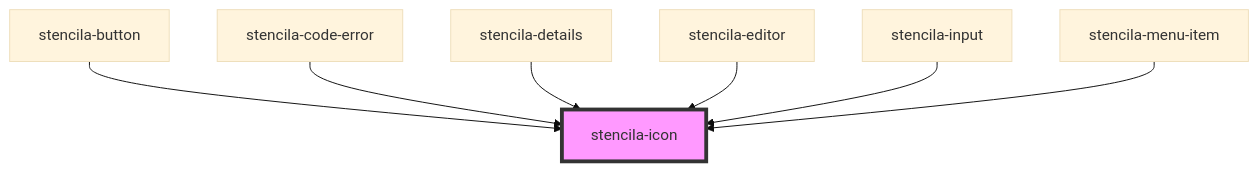
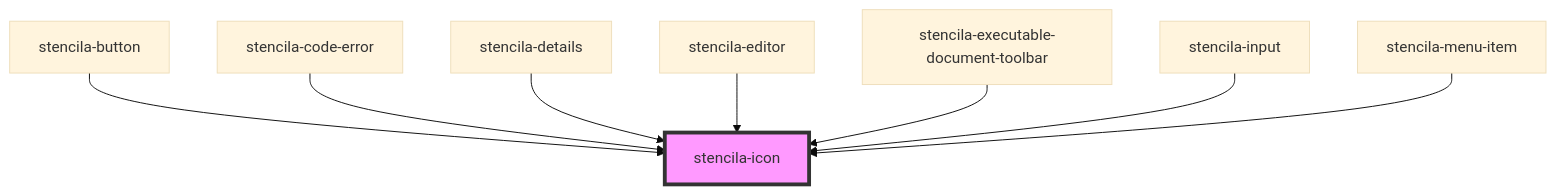
The diagram in packages/components/src/components/icon/readme.md (stencila/designa), drawn with Mermaid (base theme) before and after one commit. The commit also changed other lines of this file and 20 other files, not shown here.

````diff
--- a/packages/components/src/components/icon/readme.md
+++ b/packages/components/src/components/icon/readme.md
@@ -25,10 +26,11 @@
 ```mermaid
 graph TD;
   stencila-button --> stencila-icon
   stencila-code-error --> stencila-icon
   stencila-details --> stencila-icon
   stencila-editor --> stencila-icon
+  stencila-executable-document-toolbar --> stencila-icon
   stencila-input --> stencila-icon
   stencila-menu-item --> stencila-icon
   style stencila-icon fill:#f9f,stroke:#333,stroke-width:4px
 ```
````
